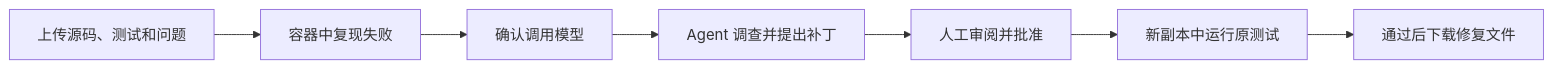
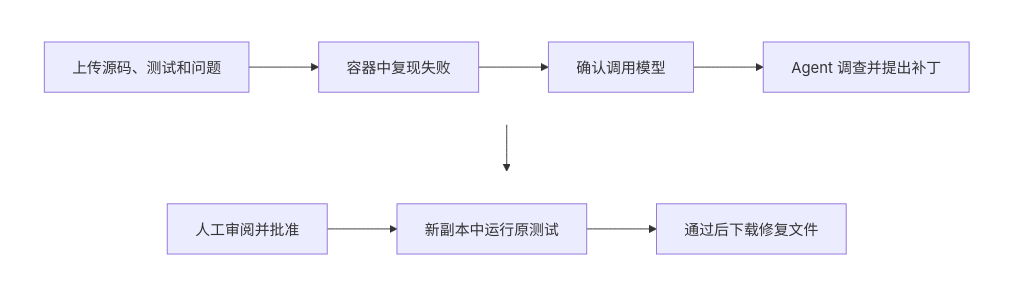
One commit to oNanachii/patchtrail changed the diagram in README.md. Above: the diagram before and after it, drawn with Mermaid.

Commit message:
docs: lay out the README flow chart in two rows
GitHub's diagram controls covered the last step of the one-row chart.

````diff
--- a/README.md
+++ b/README.md
@@ -19,9 +19,14 @@
 ```mermaid
-flowchart LR
-  U[上传源码、测试和问题] --> B[容器中复现失败]
-  B --> C[确认调用模型]
-  C --> D[Agent 调查并提出补丁]
-  D --> A[人工审阅并批准]
-  A --> V[新副本中运行原测试]
-  V --> S[通过后下载修复文件]
+flowchart TB
+  subgraph R1 [" "]
+    direction LR
+    U[上传源码、测试和问题] --> B[容器中复现失败] --> C[确认调用模型] --> D[Agent 调查并提出补丁]
+  end
+  subgraph R2 [" "]
+    direction LR
+    A[人工审阅并批准] --> V[新副本中运行原测试] --> S[通过后下载修复文件]
+  end
+  R1 --> R2
+  style R1 fill:none,stroke:none
+  style R2 fill:none,stroke:none
 ```
````
